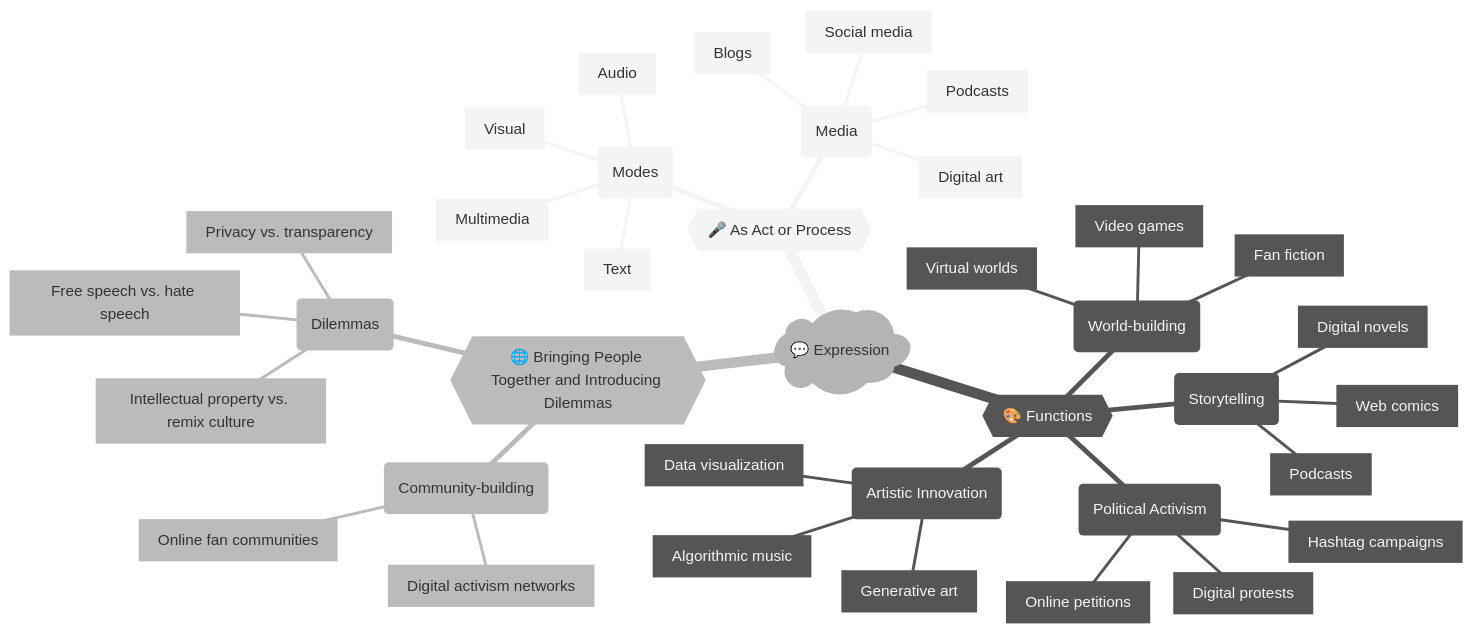
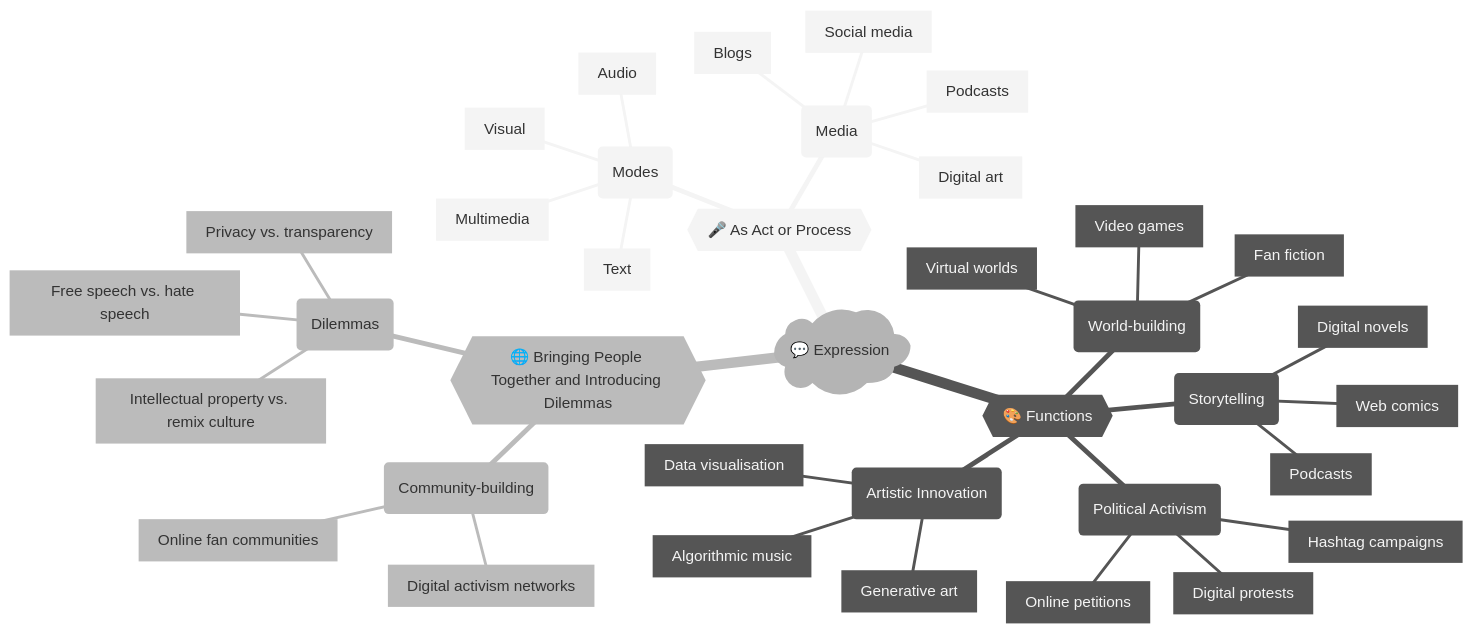
The diagram in docs/concepts/22-expression.md (frederic-nevers/digsocrevision), drawn with Mermaid (neutral theme) before and after one commit. The commit also changed other lines of this file and 6 other files, not shown here.

````diff
--- a/docs/concepts/22-expression.md
+++ b/docs/concepts/22-expression.md
@@ -12,40 +16,40 @@
 ```mermaid
 mindmap
   root)💬 Expression(
     As Act or Process{{🎤 As Act or Process}}
       (Modes)
         [Text]
         [Audio]
         [Visual]
         [Multimedia]
       (Media)
         [Social media]
         [Blogs]
         [Podcasts]
         [Digital art]
     Functions{{🎨 Functions}}
       (Storytelling)
         [Digital novels]
         [Web comics]
         [Podcasts]
       (World-building)
         [Video games]
         [Virtual worlds]
         [Fan fiction]
       (Artistic Innovation)
         [Generative art]
         [Algorithmic music]
-        [Data visualization]
+        [Data visualisation]
       (Political Activism)
         [Hashtag campaigns]
         [Online petitions]
         [Digital protests]
     Bringing People Together and Introducing Dilemmas{{🌐 Bringing People Together and Introducing Dilemmas}}
       (Community-building)
         [Online fan communities]
         [Digital activism networks]
       (Dilemmas)
         [Free speech vs. hate speech]
         [Privacy vs. transparency]
         [Intellectual property vs. remix culture]
 ```
````
